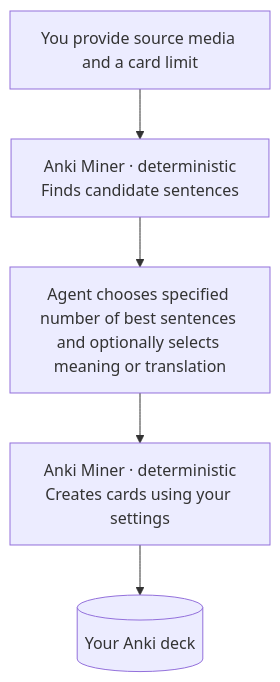
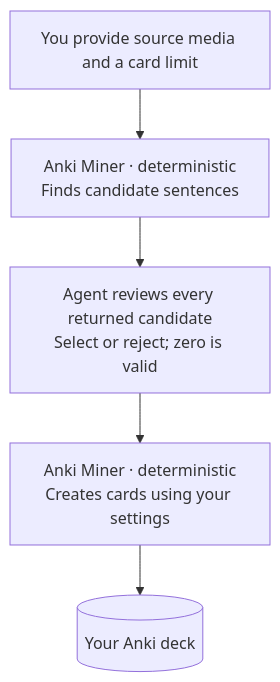
Before and after one commit to namidanokisetsu/anki_miner_agentic: the diagram in README.md, drawn with Mermaid. The commit also changed other lines of this file and 22 other files, not shown here.

````diff
--- a/README.md
+++ b/README.md
@@ -15,10 +17,10 @@
 ```mermaid
 flowchart TB
     U["You provide source media and a card limit"]
     D["Anki Miner · deterministic<br/>Finds candidate sentences"]
-    A["Agent chooses specified number of best sentences and optionally selects meaning or translation"]
+    A["Agent reviews every returned candidate<br/>Select or reject; zero is valid"]
     W["Anki Miner · deterministic<br/>Creates cards using your settings"]
     K[("Your Anki deck")]
 
     U --> D --> A --> W --> K
 ```
````
